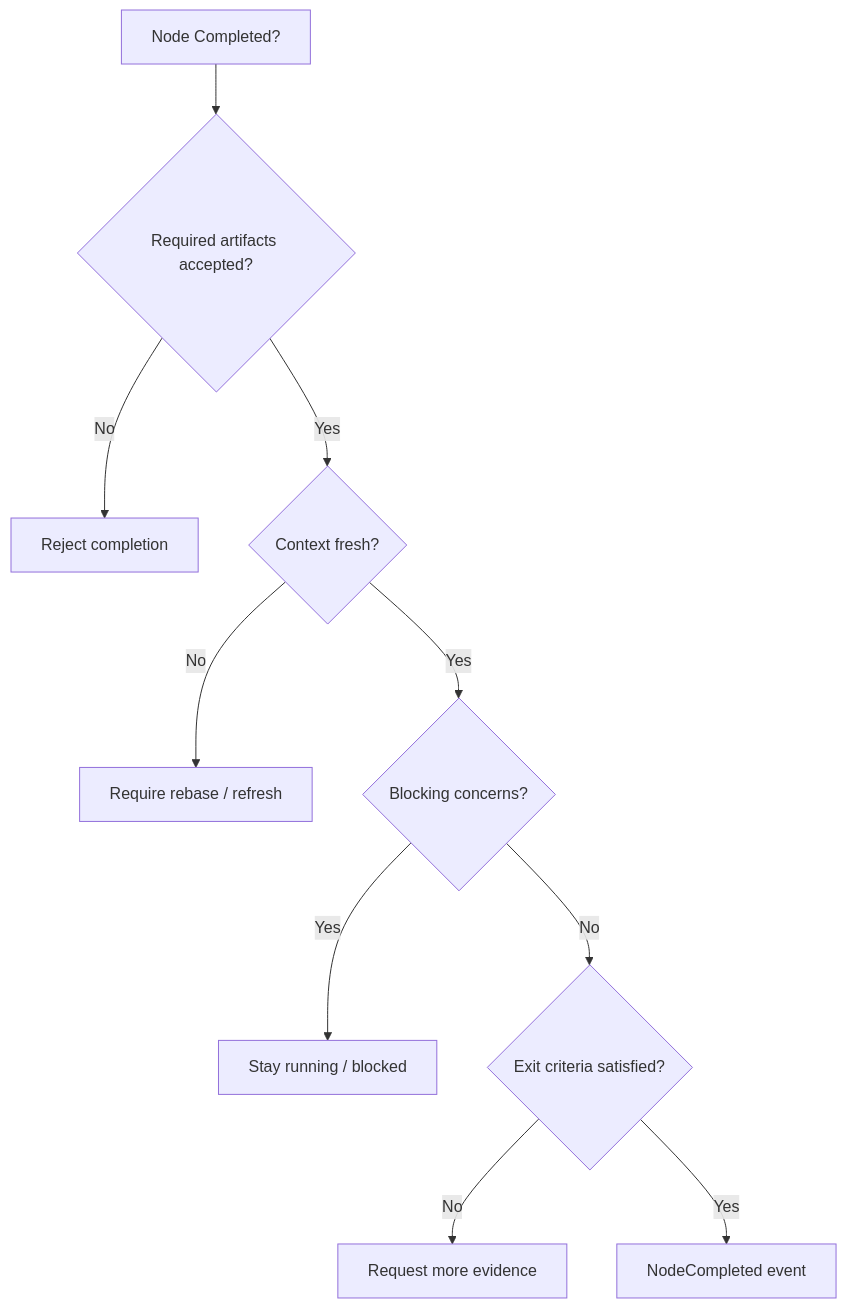
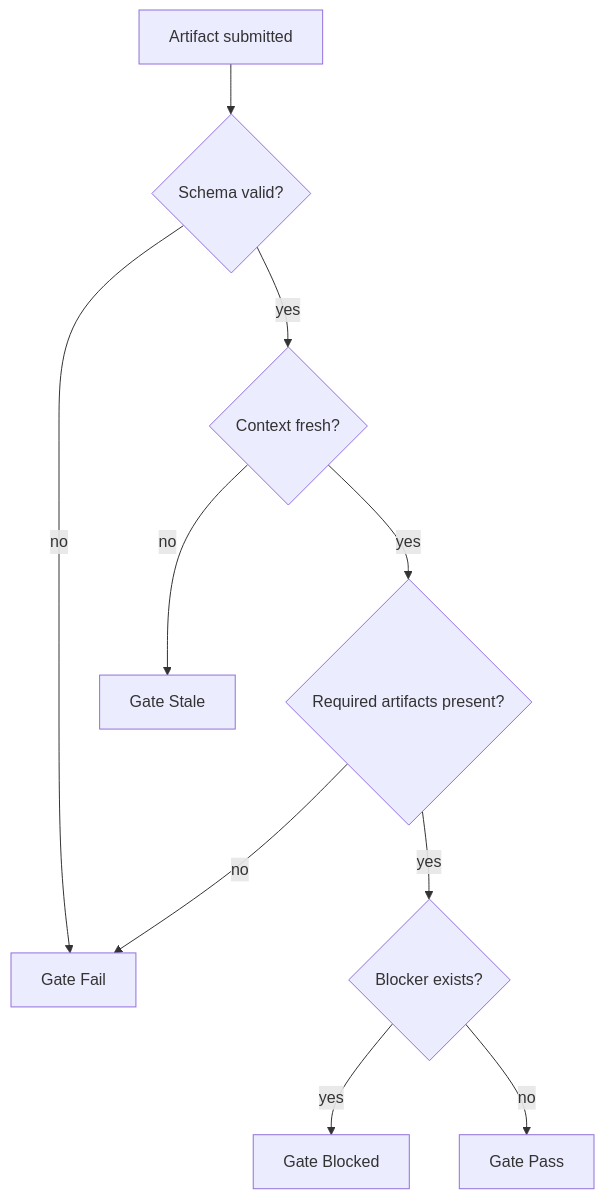
The second of 2 diagrams in docs/plans/2026-04-25-multi-agent-collaboration-architecture.md (ceasarXuu/WhaleCode), drawn with Mermaid before and after one commit. The commit also changed other lines of this file and 1 other file, not shown here.

Commit message:
docs: simplify multi-agent architecture

````diff
--- a/docs/plans/2026-04-25-multi-agent-collaboration-architecture.md
+++ b/docs/plans/2026-04-25-multi-agent-collaboration-architecture.md
@@ -1826,12 +349,12 @@
 ```mermaid
 flowchart TD
-    N["Node Completed?"] --> A{"Required artifacts accepted?"}
-    A -- No --> R1["Reject completion"]
-    A -- Yes --> B{"Context fresh?"}
-    B -- No --> R2["Require rebase / refresh"]
-    B -- Yes --> C{"Blocking concerns?"}
-    C -- Yes --> R3["Stay running / blocked"]
-    C -- No --> D{"Exit criteria satisfied?"}
-    D -- No --> R4["Request more evidence"]
-    D -- Yes --> E["NodeCompleted event"]
+    A["Artifact submitted"] --> B{"Schema valid?"}
+    B -->|no| F["Gate Fail"]
+    B -->|yes| C{"Context fresh?"}
+    C -->|no| S["Gate Stale"]
+    C -->|yes| D{"Required artifacts present?"}
+    D -->|no| F
+    D -->|yes| E{"Blocker exists?"}
+    E -->|yes| BL["Gate Blocked"]
+    E -->|no| P["Gate Pass"]
 ```
````
